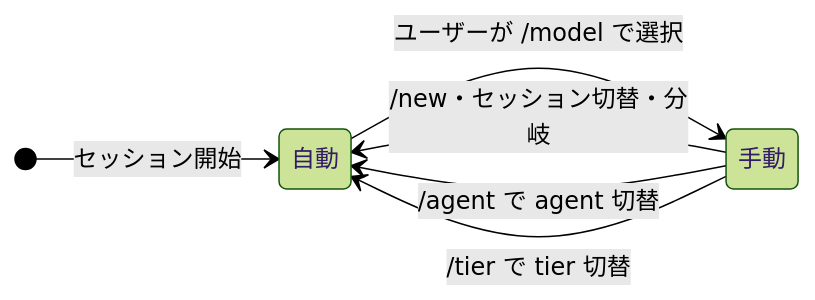
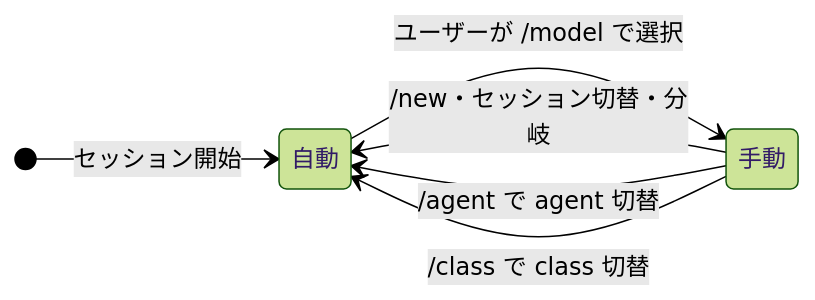
Before and after one commit to CatBraaain/dotfiles: the first of 3 diagrams in dotfiles/.pi/agent/extensions.exact/agents/SPEC.md, drawn with Mermaid (forest theme). The commit also changed other lines of this file and 6 other files, not shown here.

````diff
--- a/dotfiles/.pi/agent/extensions.exact/agents/SPEC.md
+++ b/dotfiles/.pi/agent/extensions.exact/agents/SPEC.md
@@ -136,9 +136,9 @@
 ```mermaid
 stateDiagram-v2
     direction LR
     [*] --> 自動: セッション開始
     自動 --> 手動: ユーザーが /model で選択
     手動 --> 自動: /new・セッション切替・分岐
     手動 --> 自動: /agent で agent 切替
-    手動 --> 自動: /tier で tier 切替
+    手動 --> 自動: /class で class 切替
 ```
````
